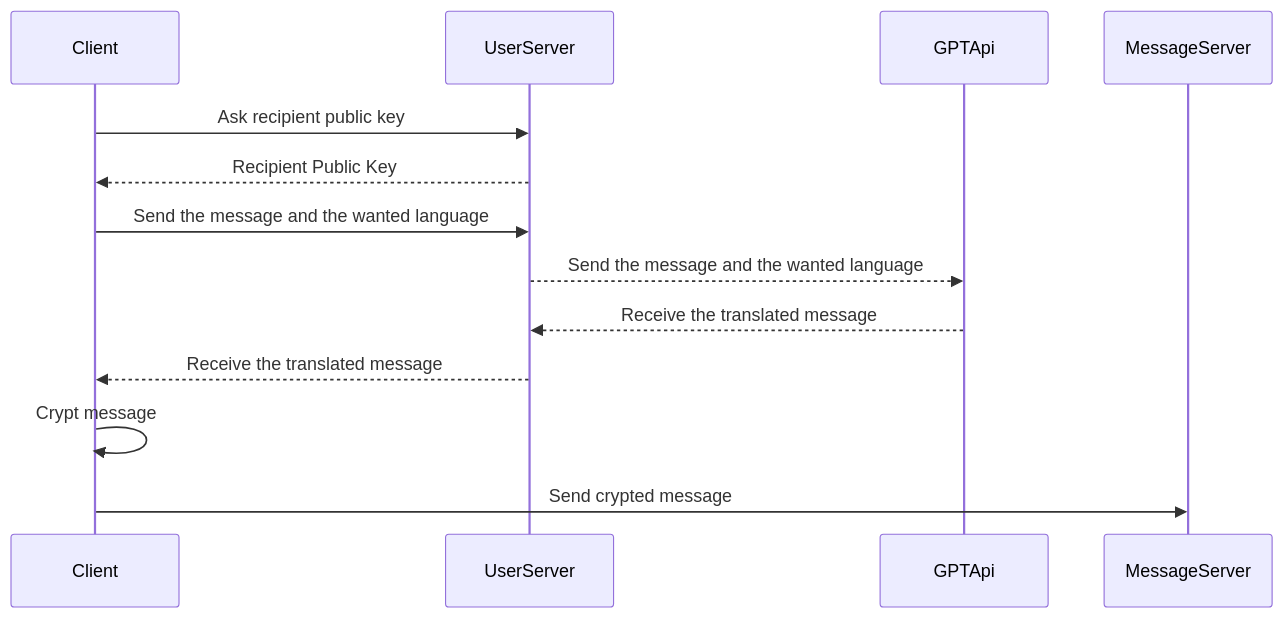
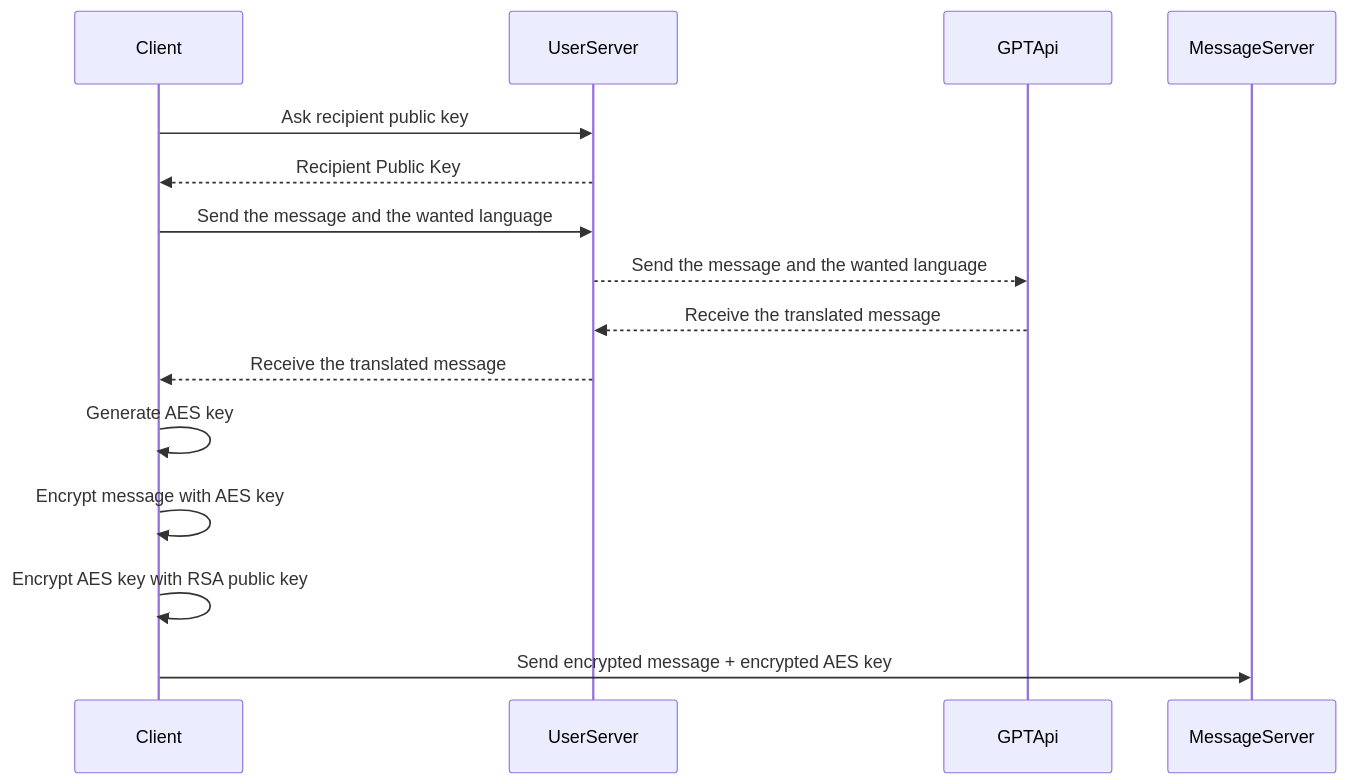
One commit to YR72dpi/SecuredWhisker changed the fourth of 6 diagrams in README.md. Above: the diagram before and after it, drawn with Mermaid. The commit also changed other lines of this file, not shown here.

````diff
--- a/README.md
+++ b/README.md
@@ -197,11 +199,13 @@
 ```mermaid
 sequenceDiagram
     Client->>UserServer: Ask recipient public key
     UserServer-->>Client: Recipient Public Key
     Client->>UserServer: Send the message and the wanted language
     UserServer-->>GPTApi: Send the message and the wanted language
     GPTApi-->>UserServer: Receive the translated message
     UserServer-->>Client: Receive the translated message
-    Client->>Client: Crypt message
-    Client->>MessageServer: Send crypted message
+    Client->>Client: Generate AES key
+    Client->>Client: Encrypt message with AES key
+    Client->>Client: Encrypt AES key with RSA public key
+    Client->>MessageServer: Send encrypted message + encrypted AES key
 ```
````
